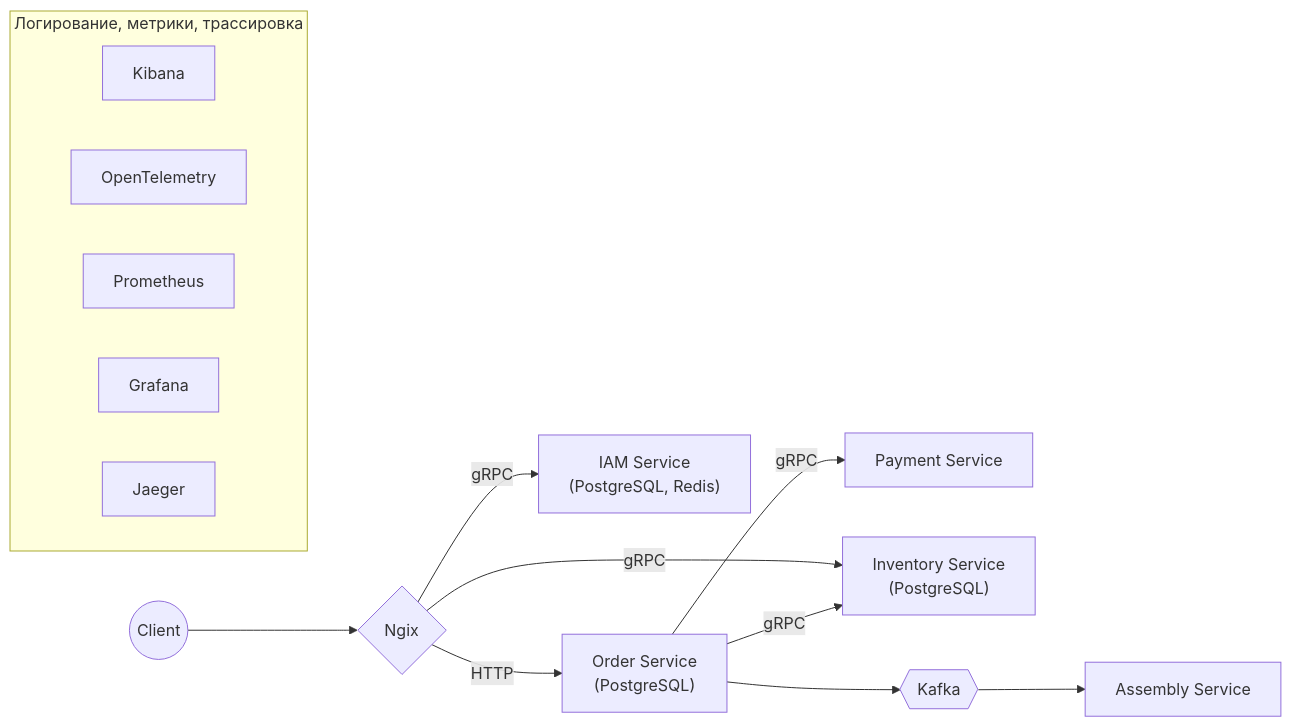
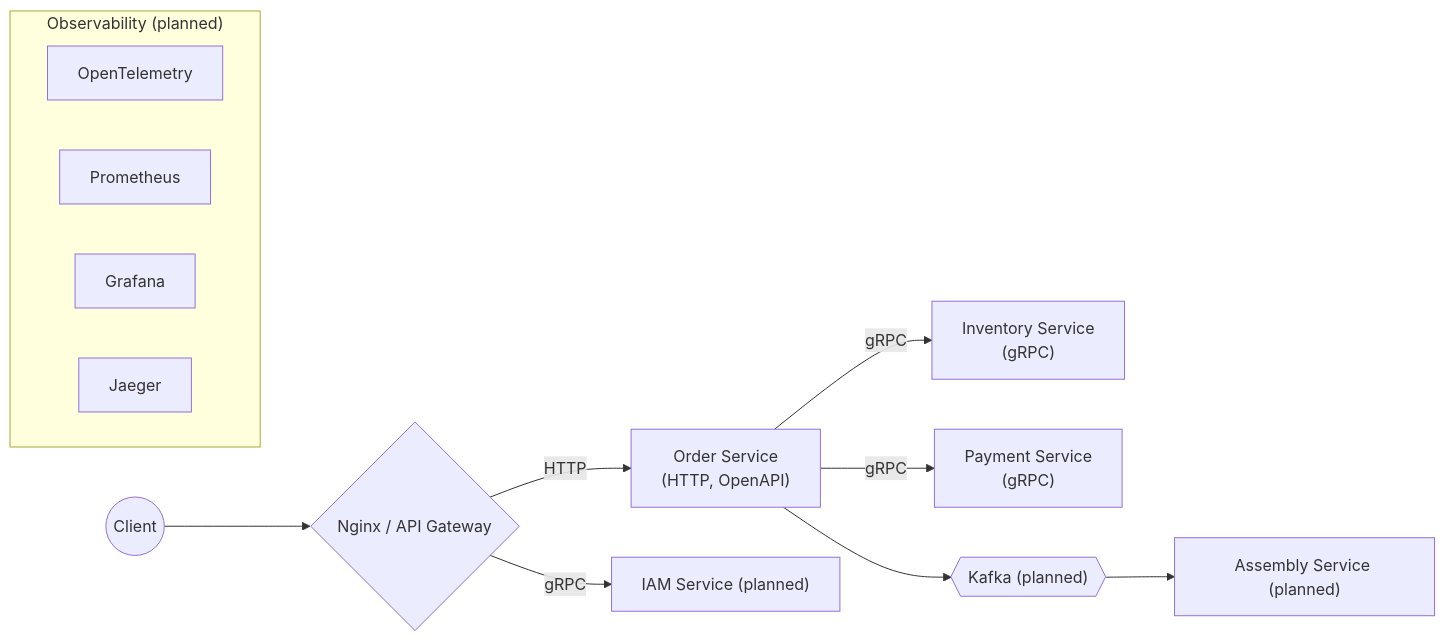
The diagram in README.md (SSSmilar/LOMS_Factory), drawn with Mermaid before and after one commit. The commit also changed other lines of this file, not shown here.

Commit message:
docs: update README with project focus, architecture, and local setup instructions

````diff
--- a/README.md
+++ b/README.md
@@ -13,40 +12,29 @@
 ```mermaid
 flowchart LR
-%% Клиент и API Gateway
     Client((Client))
-    Ngix{"Ngix"}
+    Nginx{"Nginx / API Gateway"}
 
-%% Микросервисы (с указанием используемых БД)
-    IAM["IAM Service<br/>(PostgreSQL, Redis)"]
-    Order["Order Service<br/>(PostgreSQL)"]
-    Payment["Payment Service"]
-    Inventory["Inventory Service<br/>(PostgreSQL)"]
-    Assembly["Assembly Service"]
+    Order["Order Service<br/>(HTTP, OpenAPI)"]
+    Inventory["Inventory Service<br/>(gRPC)"]
+    Payment["Payment Service<br/>(gRPC)"]
 
-%% Брокер сообщений
-    Kafka{{"Kafka"}}
+    Kafka{{"Kafka (planned)"}}
+    Assembly["Assembly Service (planned)"]
+    IAM["IAM Service (planned)"]
 
-%% Роутинг от Ngix
-    Client --> Ngix
-    Ngix -- gRPC --> IAM
-    Ngix -- HTTP --> Order
-    Ngix -- gRPC --> Inventory
+    Client --> Nginx
+    Nginx -- HTTP --> Order
+    Order -- gRPC --> Inventory
+    Order -- gRPC --> Payment
+    Order --> Kafka
+    Kafka --> Assembly
+    Nginx -- gRPC --> IAM
 
-%% Внутренние взаимодействия от Order Service
-    Order -- gRPC --> Payment
-    Order -- gRPC --> Inventory
-    Order --> Kafka
-
-%% Взаимодействие через Kafka
-    Kafka --> Assembly
-
-%% Инфраструктура мониторинга (изолированный блок, как на схеме)
-    subgraph Observability ["Логирование, метрики, трассировка"]
+    subgraph Observability ["Observability (planned)"]
         direction LR
-        Kibana
         OpenTelemetry
         Prometheus
         Grafana
         Jaeger
     end
 ```
````
